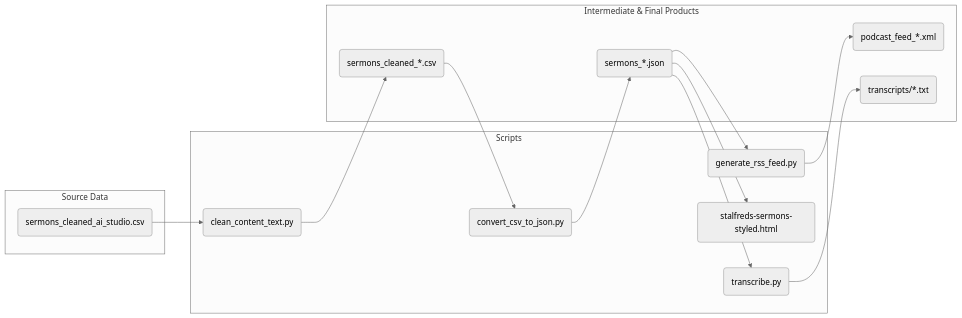
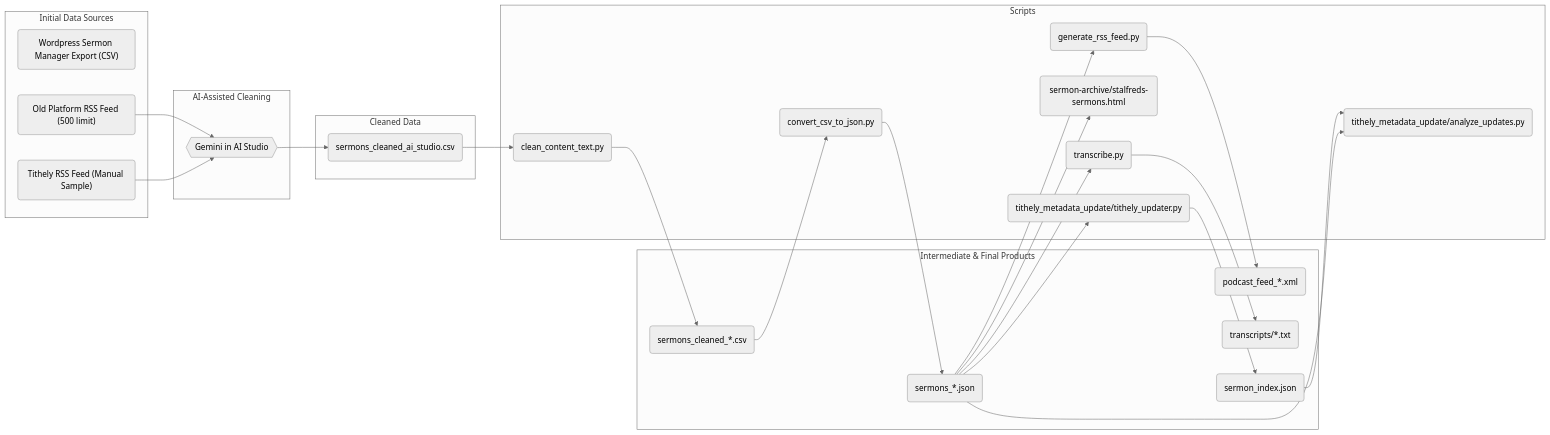
One commit to dburt/migrate_sermonmanager_to_tithely changed the diagram in README.md. Above: the diagram before and after it, drawn with Mermaid (neutral theme). The commit also changed other lines of this file, not shown here.

````diff
--- a/README.md
+++ b/README.md
@@ -26,31 +27,51 @@
 ```mermaid
 graph LR
-    subgraph "Source Data"
-        A("sermons_cleaned_ai_studio.csv")
+    subgraph "Initial Data Sources"
+        A("Wordpress Sermon Manager Export (CSV)")
+        B("Tithely RSS Feed (Manual Sample)")
+        C("Old Platform RSS Feed (500 limit)")
+    end
+
+    subgraph "AI-Assisted Cleaning"
+        D{{"Gemini in AI Studio"}}
+    end
+
+    subgraph "Cleaned Data"
+        E("sermons_cleaned_ai_studio.csv")
     end
 
     subgraph "Scripts"
-        B(clean_content_text.py)
-        D(convert_csv_to_json.py)
-        F(generate_rss_feed.py)
-        H(stalfreds-sermons-styled.html)
-        I(transcribe.py)
+        F(clean_content_text.py)
+        G(convert_csv_to_json.py)
+        H(generate_rss_feed.py)
+        I(sermon-archive/stalfreds-sermons.html)
+        J(transcribe.py)
+        K(tithely_metadata_update/tithely_updater.py)
+        L(tithely_metadata_update/analyze_updates.py)
     end
 
     subgraph "Intermediate & Final Products"
-        C("sermons_cleaned_*.csv")
-        E("sermons_*.json")
-        G("podcast_feed_*.xml")
-        J("transcripts/*.txt")
+        N("sermons_cleaned_*.csv")
+        O("sermons_*.json")
+        P("podcast_feed_*.xml")
+        Q("transcripts/*.txt")
+        R("sermon_index.json")
     end
 
-    A --> B;
-    B --> C;
-    C --> D;
-    D --> E;
-    E --> F;
-    E --> H;
-    E --> I;
-    F --> G;
-    I --> J;
+    B --> D
+    C --> D
+    D --> E
+    E --> F
+    F --> N
+    N --> G
+    G --> O
+    O --> H
+    O --> I
+    O --> J
+    O --> K
+    O --> L
+    K --> R
+    R --> L
+    H --> P
+    J --> Q
 ```
````
